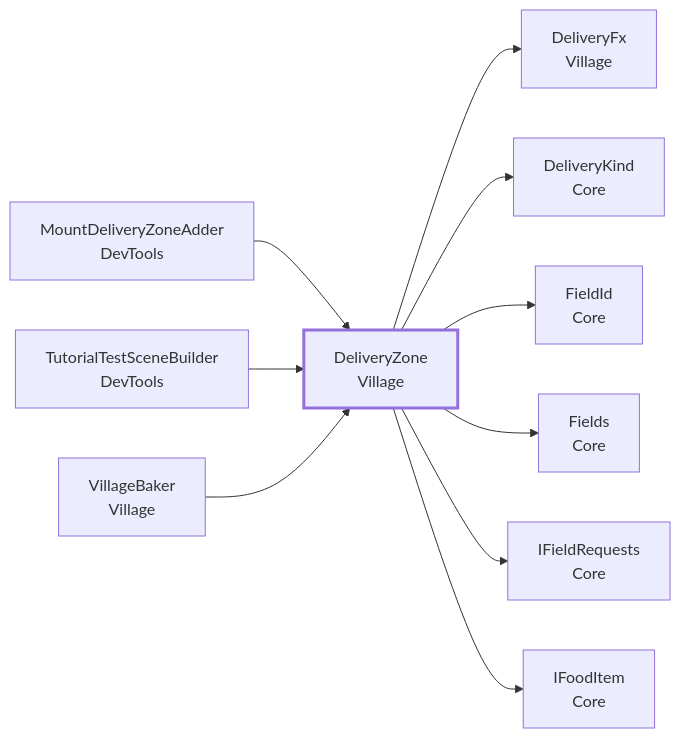
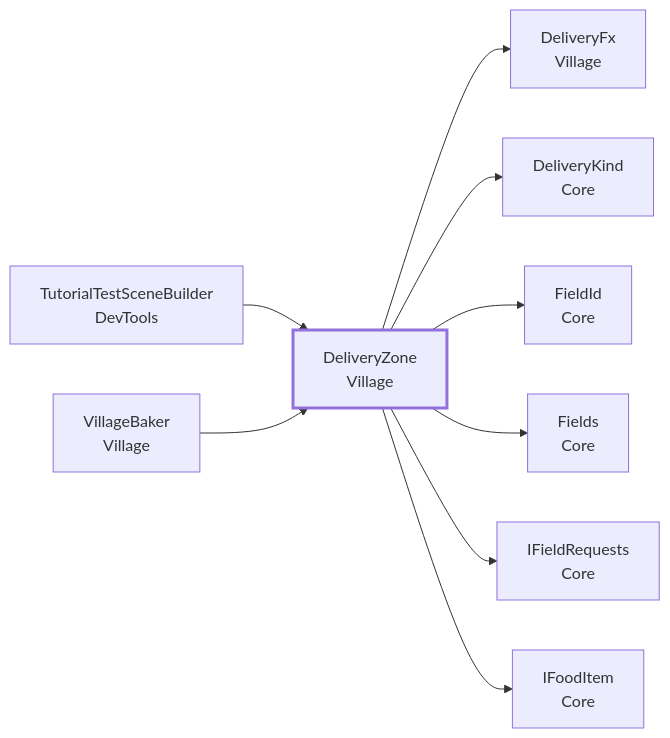
One commit to Fialuxe/MouthOfGod_System changed the second of 10 diagrams in docs/api/Village.md. Above: the diagram before and after it, drawn with Mermaid. The commit also changed other lines of this file and 28 other files, not shown here.

````diff
--- a/docs/api/Village.md
+++ b/docs/api/Village.md
@@ -144,14 +144,13 @@
 ```mermaid
 flowchart LR
   C_DeliveryZone["DeliveryZone<br/>Village"]:::me
-  U_MountDeliveryZoneAdder["MountDeliveryZoneAdder<br/>DevTools"] --> C_DeliveryZone
   U_TutorialTestSceneBuilder["TutorialTestSceneBuilder<br/>DevTools"] --> C_DeliveryZone
   U_VillageBaker["VillageBaker<br/>Village"] --> C_DeliveryZone
   C_DeliveryZone --> D_DeliveryFx["DeliveryFx<br/>Village"]
   C_DeliveryZone --> D_DeliveryKind["DeliveryKind<br/>Core"]
   C_DeliveryZone --> D_FieldId["FieldId<br/>Core"]
   C_DeliveryZone --> D_Fields["Fields<br/>Core"]
   C_DeliveryZone --> D_IFieldRequests["IFieldRequests<br/>Core"]
   C_DeliveryZone --> D_IFoodItem["IFoodItem<br/>Core"]
   classDef me stroke-width:3px
 ```
````
